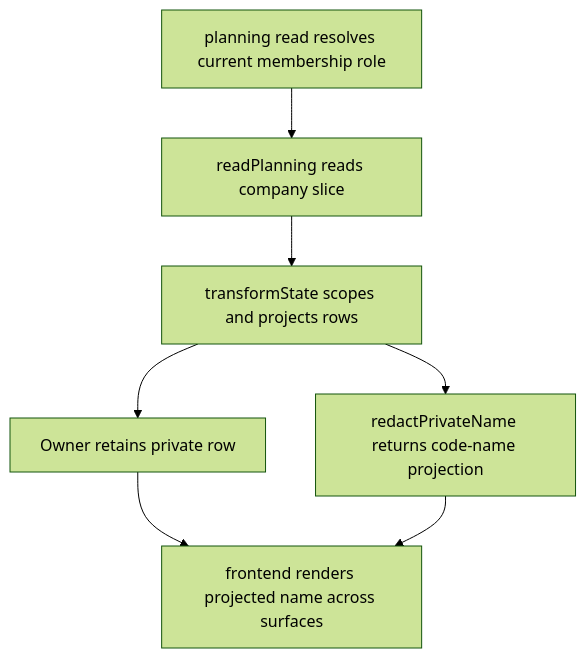
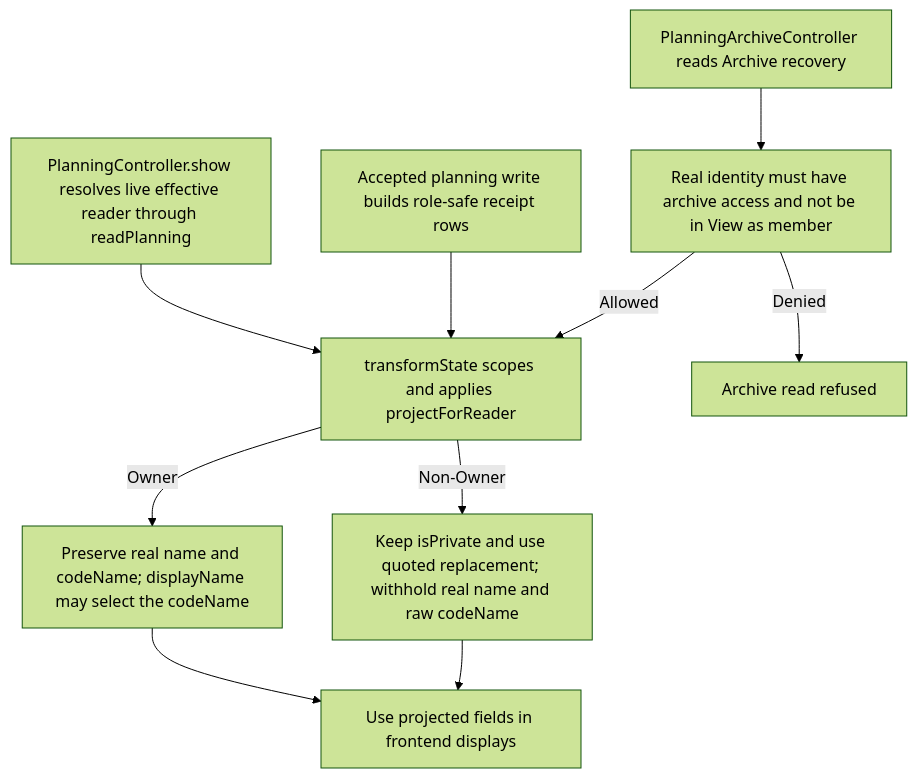
The second of 2 diagrams in user-stories/privacy/US-PRI-01-role-safe-private-name-display.md (Kevinjohn/capacitylens), drawn with Mermaid (forest theme) before and after one commit. The commit also changed other lines of this file and 172 other files, not shown here.

Commit message:
docs: reconcile user story code flows with source

````diff
--- a/user-stories/privacy/US-PRI-01-role-safe-private-name-display.md
+++ b/user-stories/privacy/US-PRI-01-role-safe-private-name-display.md
@@ -34,9 +34,12 @@
 ```mermaid
 flowchart TD
-  request["planning read resolves current membership role"] --> read["readPlanning reads company slice"]
-  read --> transform["transformState scopes and projects rows"]
-  transform --> owner["Owner retains private row"]
-  transform --> others["redactPrivateName returns code-name projection"]
-  owner --> ui["frontend renders projected name across surfaces"]
-  others --> ui
+  active["PlanningController.show resolves live effective reader through readPlanning"] --> project["transformState scopes and applies projectForReader"]
+  receipt["Accepted planning write builds role-safe receipt rows"] --> project
+  archived["PlanningArchiveController reads Archive recovery"] --> check["Real identity must have archive access and not be in View as member"]
+  check -->|Denied| refused["Archive read refused"]
+  check -->|Allowed| project
+  project -->|Owner| owner["Preserve real name and codeName; displayName may select the codeName"]
+  project -->|Non-Owner| safe["Keep isPrivate and use quoted replacement; withhold real name and raw codeName"]
+  owner --> surface["Use projected fields in frontend displays"]
+  safe --> surface
 ```
````
